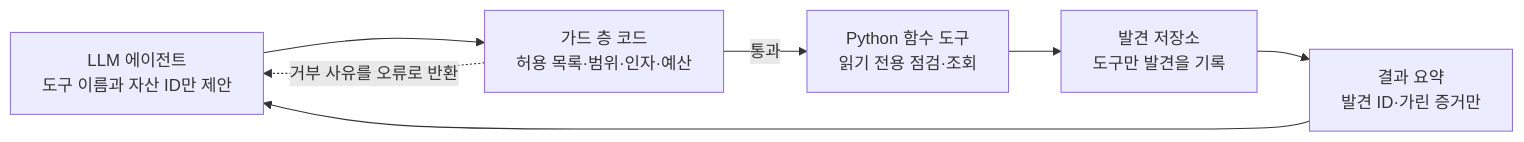
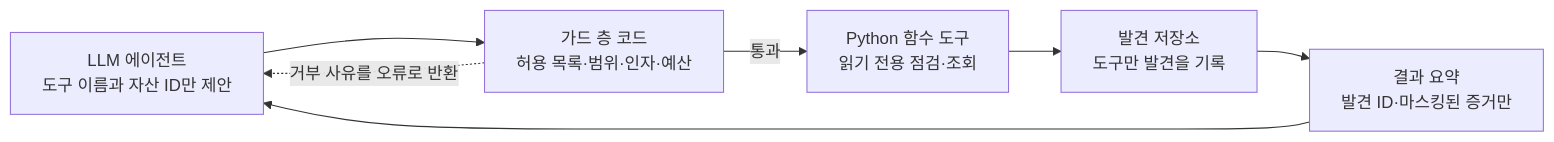
One commit to unexpected-hackathon/A2D changed the diagram in docs/A2D_상세설계.md. Above: the diagram before and after it, drawn with Mermaid. The commit also changed other lines of this file and 44 other files, not shown here.

````diff
--- a/docs/A2D_상세설계.md
+++ b/docs/A2D_상세설계.md
@@ -139,9 +139,9 @@
 ```mermaid
 flowchart LR
   L[LLM 에이전트<br/>도구 이름과 자산 ID만 제안] --> G[가드 층 코드<br/>허용 목록·범위·인자·예산]
   G -- 통과 --> T[Python 함수 도구<br/>읽기 전용 점검·조회]
   G -. 거부 사유를 오류로 반환 .-> L
   T --> S[발견 저장소<br/>도구만 발견을 기록]
-  S --> R[결과 요약<br/>발견 ID·가린 증거만]
+  S --> R[결과 요약<br/>발견 ID·마스킹된 증거만]
   R --> L
 ```
````
